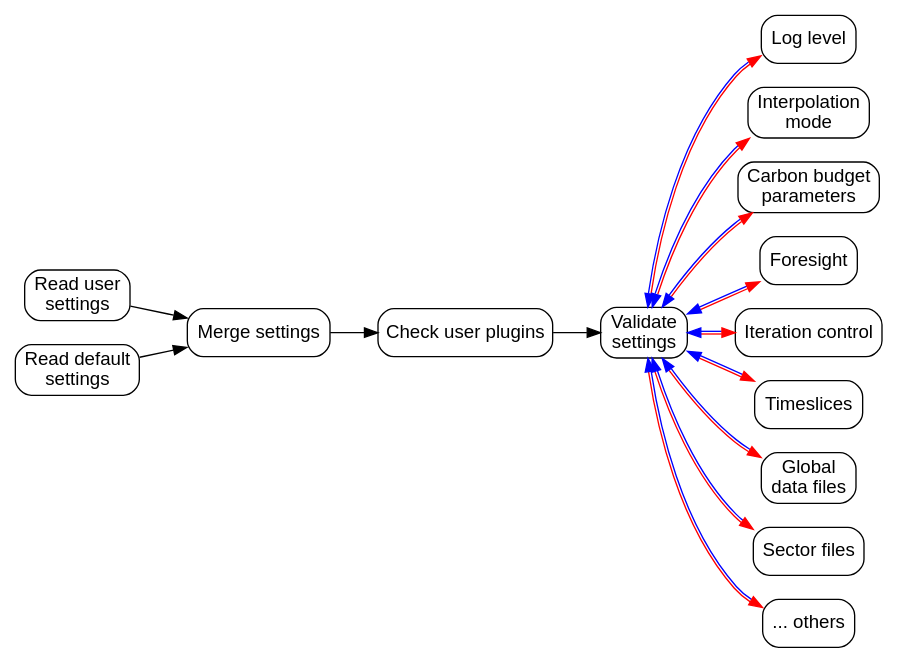
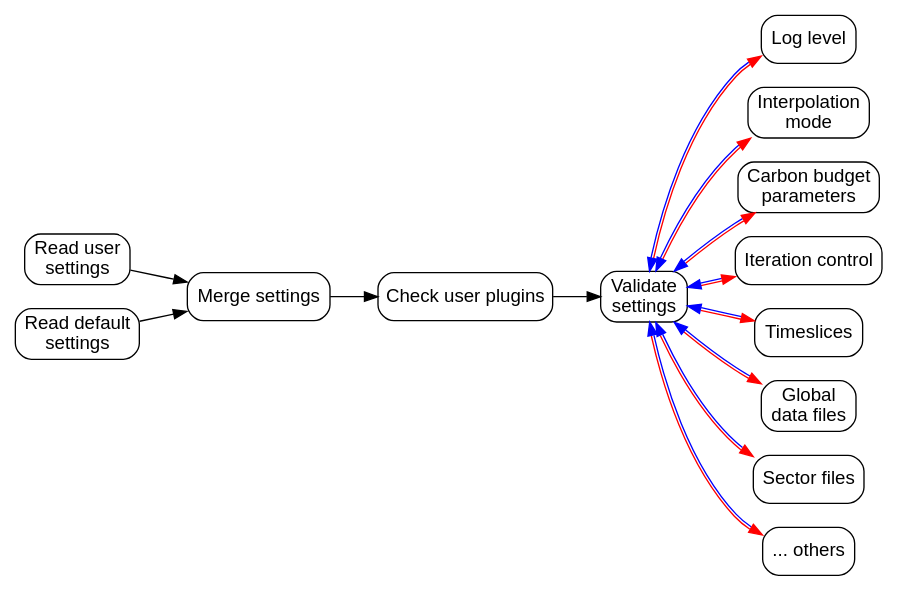
One commit to EnergySystemsModellingLab/MUSE_OS changed the second of 12 diagrams in docs/application-flow.rst. Above: the diagram before and after it, drawn with Graphviz. The commit also changed 1 other file, not shown here.

Commit message:
Update documentation about foresight (#762)

```diff
--- a/docs/application-flow.rst
+++ b/docs/application-flow.rst
@@ -83,33 +83,32 @@
 .. graphviz::
     :align: center
     :alt: Read settings detailed flow chart
 
     digraph read_settings {
         fontname="Helvetica,Arial,sans-serif"
         node [fontname="Helvetica,Arial,sans-serif", shape=box, style=rounded]
         edge [fontname="Helvetica,Arial,sans-serif", len=2]
         rankdir=LR
         labelloc=t
 
         usettings [label="Read user\nsettings"]
         dsettings [label="Read default\nsettings"]
         settings [label="Merge settings"]
         plugins [label="Check user plugins"]
         validate [label="Validate\nsettings"]
 
         usettings -> settings
         dsettings -> settings
         settings -> plugins -> validate
 
         validate -> {
             "Log level"
             "Interpolation\nmode"
             "Carbon budget\nparameters"
-            "Foresight"
             "Iteration control"
             "Timeslices"
             "Global\ndata files"
             "Sector files"
             "... others"
         } [dir=both color="red:blue"]
     }
```
